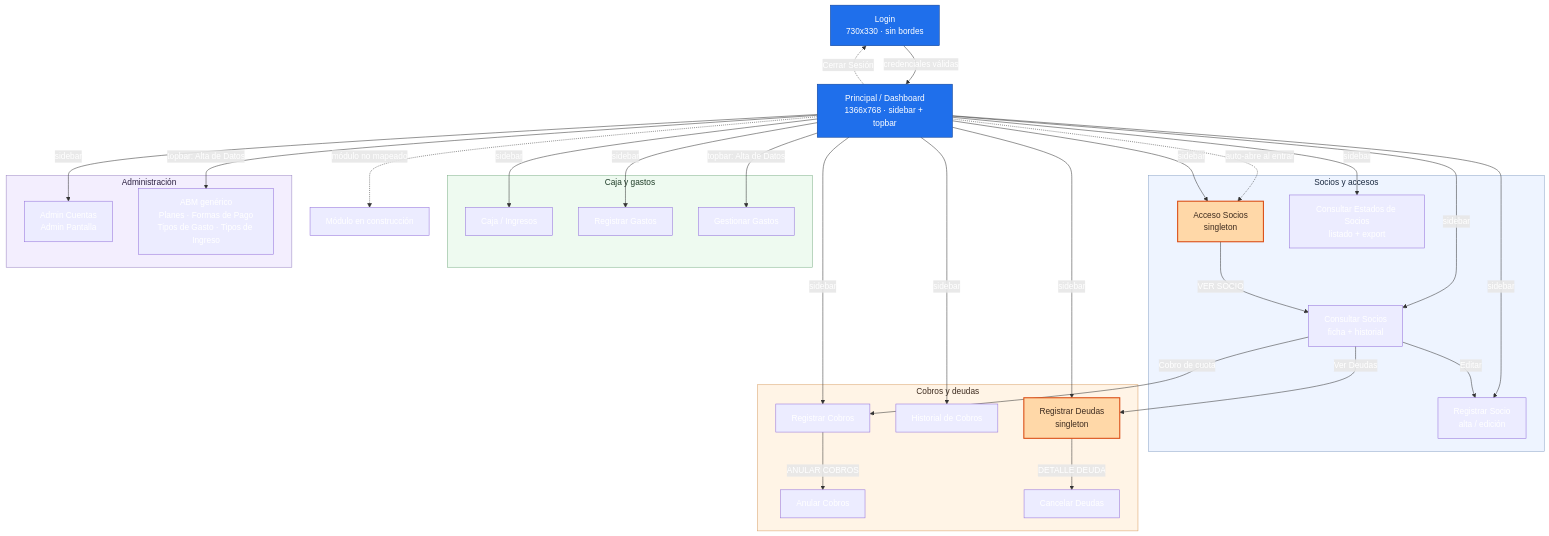
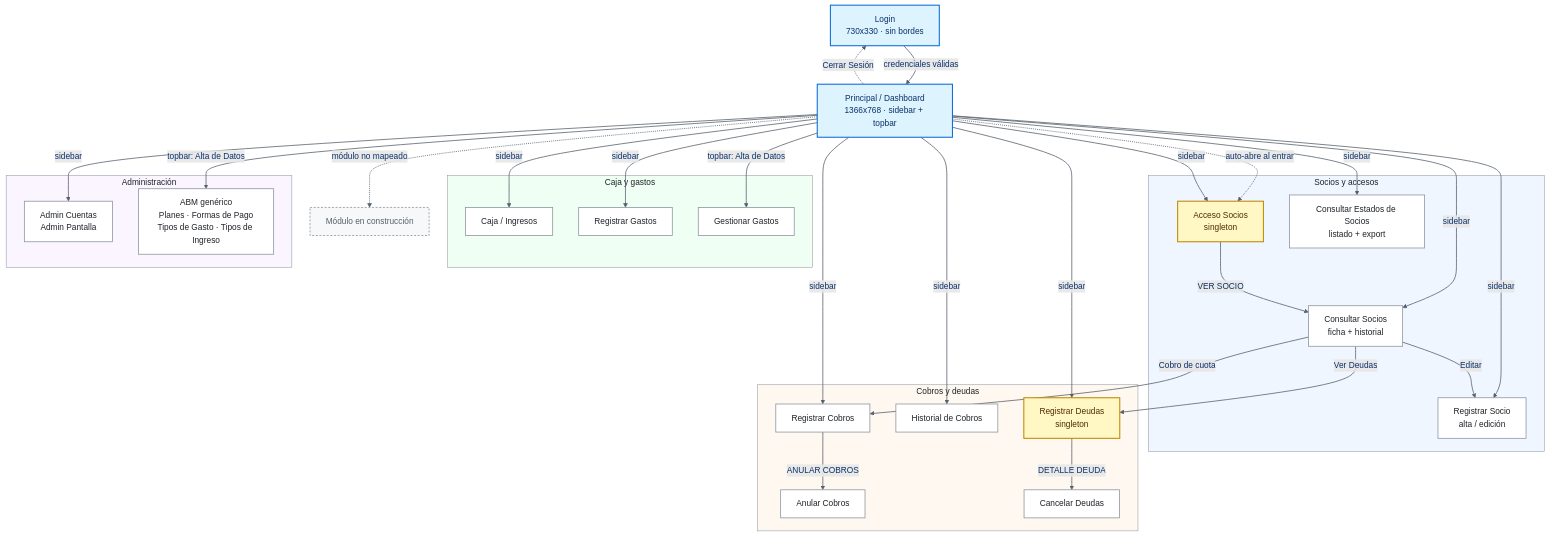
The diagram in docs/ventanas.md (JorgeAlbertoDiaz/altosrocapy), drawn with Mermaid before and after one commit. The commit also changed other lines of this file, not shown here.

Commit message:
docs(ventanas): mejorar contraste del diagrama Mermaid

````diff
--- a/docs/ventanas.md
+++ b/docs/ventanas.md
@@ -24,66 +25,72 @@
 ```mermaid
+%%{init: {"theme": "base", "themeVariables": {"background": "#ffffff", "mainBkg": "#ffffff", "primaryColor": "#ffffff", "primaryTextColor": "#1f2328", "primaryBorderColor": "#8c959f", "secondaryColor": "#f6f8fa", "tertiaryColor": "#ffffff", "textColor": "#1f2328", "titleColor": "#1f2328", "lineColor": "#57606a", "edgeLabelBackground": "#ffffff", "clusterBkg": "#ffffff", "clusterBorder": "#d0d7de", "fontFamily": "ui-sans-serif, system-ui, -apple-system, 'Segoe UI', sans-serif", "fontSize": "16px"}}}%%
 flowchart TD
   LOGIN["Login<br/>730x330 · sin bordes"]
   PRINCIPAL["Principal / Dashboard<br/>1366x768 · sidebar + topbar"]
 
   subgraph GRP_SOCIOS ["Socios y accesos"]
     ACCESO["Acceso Socios<br/>singleton"]
     REGSOC["Registrar Socio<br/>alta / edición"]
     CONSSOC["Consultar Socios<br/>ficha + historial"]
     ESTADOS["Consultar Estados de Socios<br/>listado + export"]
   end
 
   subgraph GRP_COBROS ["Cobros y deudas"]
     REGCOB["Registrar Cobros"]
     ANUCOB["Anular Cobros"]
     HIST["Historial de Cobros"]
     REGDEU["Registrar Deudas<br/>singleton"]
     CANDDEU["Cancelar Deudas"]
   end
 
   subgraph GRP_CAJA ["Caja y gastos"]
     CAJA["Caja / Ingresos"]
     REGGAS["Registrar Gastos"]
     GESGAS["Gestionar Gastos"]
   end
 
   subgraph GRP_ADMIN ["Administración"]
     ADM["Admin Cuentas<br/>Admin Pantalla"]
     ABM["ABM genérico<br/>Planes · Formas de Pago<br/>Tipos de Gasto · Tipos de Ingreso"]
   end
 
   LOGIN -->|"credenciales válidas"| PRINCIPAL
   PRINCIPAL -.->|"auto-abre al entrar"| ACCESO
   PRINCIPAL -.->|"Cerrar Sesión"| LOGIN
 
   PRINCIPAL -->|"sidebar"| ACCESO
   PRINCIPAL -->|"sidebar"| REGSOC
   PRINCIPAL -->|"sidebar"| ESTADOS
   PRINCIPAL -->|"sidebar"| CONSSOC
   PRINCIPAL -->|"sidebar"| REGCOB
   PRINCIPAL -->|"sidebar"| CAJA
   PRINCIPAL -->|"sidebar"| HIST
   PRINCIPAL -->|"sidebar"| REGDEU
   PRINCIPAL -->|"sidebar"| REGGAS
   PRINCIPAL -->|"sidebar"| ADM
   PRINCIPAL -->|"topbar: Alta de Datos"| GESGAS
   PRINCIPAL -->|"topbar: Alta de Datos"| ABM
   PRINCIPAL -.->|"módulo no mapeado"| TODO["Módulo en construcción"]
 
   ACCESO -->|"VER SOCIO"| CONSSOC
   CONSSOC -->|"Cobro de cuota"| REGCOB
   CONSSOC -->|"Ver Deudas"| REGDEU
   CONSSOC -->|"Editar"| REGSOC
   REGCOB -->|"ANULAR COBROS"| ANUCOB
   REGDEU -->|"DETALLE DEUDA"| CANDDEU
 
-  classDef root fill:#1f6feb,color:#fff,stroke:#0b3d91;
-  classDef singleton fill:#ffd8a8,color:#3d2b1f,stroke:#d9480f,stroke-width:2px;
+  classDef default fill:#ffffff,color:#1f2328,stroke:#8c959f,stroke-width:1.5px;
+  classDef root fill:#ddf4ff,color:#0a3069,stroke:#0969da,stroke-width:2px;
+  classDef singleton fill:#fff8c5,color:#4d2d00,stroke:#bf8700,stroke-width:2px;
+  classDef pending fill:#f6f8fa,color:#57606a,stroke:#8c959f,stroke-dasharray:4 3;
   class LOGIN,PRINCIPAL root;
   class ACCESO,REGDEU singleton;
+  class TODO pending;
 
-  style GRP_SOCIOS fill:#eef4ff,stroke:#8aa4c8,color:#1b2a41;
-  style GRP_COBROS fill:#fff4e6,stroke:#d9a066,color:#3d2b1f;
-  style GRP_CAJA fill:#eefaf0,stroke:#7fb089,color:#1f3d28;
-  style GRP_ADMIN fill:#f3eefe,stroke:#9b87c4,color:#2c2140;
+  style GRP_SOCIOS fill:#f0f6ff,stroke:#8c959f,color:#1f2328;
+  style GRP_COBROS fill:#fff8f0,stroke:#8c959f,color:#1f2328;
+  style GRP_CAJA fill:#f0fff4,stroke:#8c959f,color:#1f2328;
+  style GRP_ADMIN fill:#faf5ff,stroke:#8c959f,color:#1f2328;
+
+  linkStyle default stroke:#57606a,stroke-width:1.5px;
 ```
````
